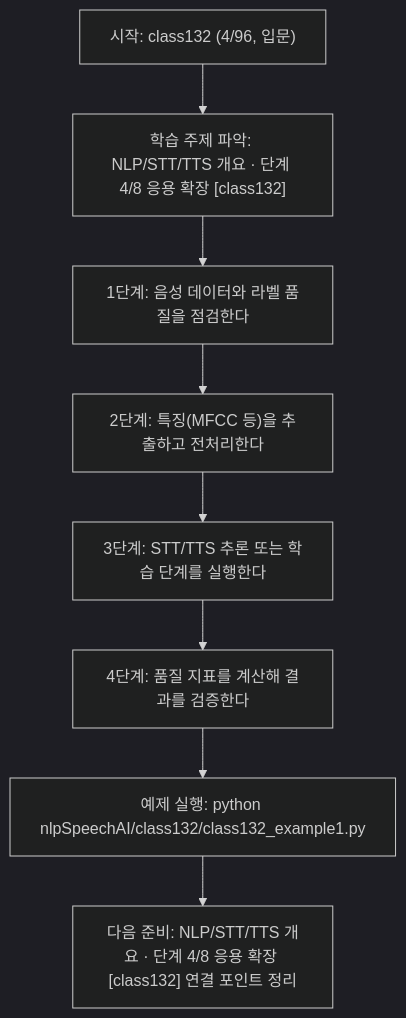
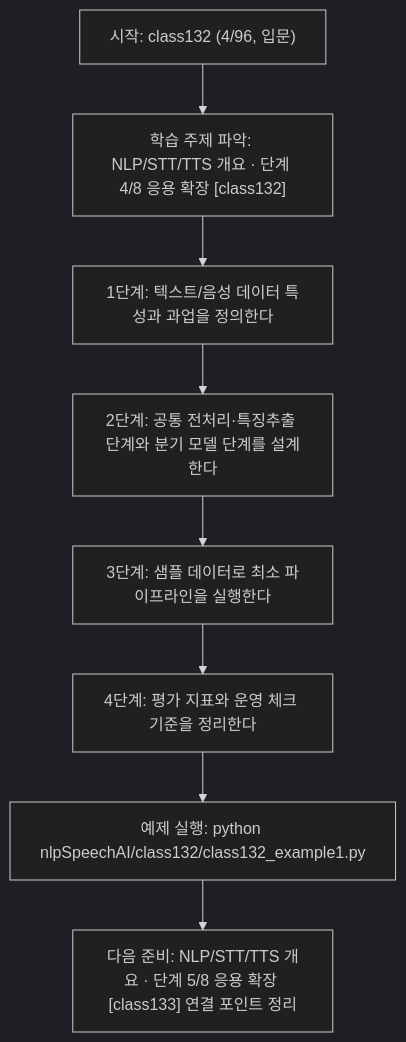
One commit to edumgt/Python-AI_Agent-Class changed the diagram in nlpSpeechAI/class132/class132.md. Above: the diagram before and after it, drawn with Mermaid (dark theme). The commit also changed other lines of this file and 1122 other files, not shown here.

````diff
--- a/nlpSpeechAI/class132/class132.md
+++ b/nlpSpeechAI/class132/class132.md
@@ -115,18 +95,18 @@
 ```mermaid
 flowchart TD
 N1["시작: class132 (4/96, 입문)"]
 N2["학습 주제 파악: NLP/STT/TTS 개요 · 단계 4/8 응용 확장 [class132]"]
-N3["1단계: 음성 데이터와 라벨 품질을 점검한다"]
-N4["2단계: 특징(MFCC 등)을 추출하고 전처리한다"]
-N5["3단계: STT/TTS 추론 또는 학습 단계를 실행한다"]
-N6["4단계: 품질 지표를 계산해 결과를 검증한다"]
+N3["1단계: 텍스트/음성 데이터 특성과 과업을 정의한다"]
+N4["2단계: 공통 전처리·특징추출 단계와 분기 모델 단계를 설계한다"]
+N5["3단계: 샘플 데이터로 최소 파이프라인을 실행한다"]
+N6["4단계: 평가 지표와 운영 체크 기준을 정리한다"]
 N7["예제 실행: python nlpSpeechAI/class132/class132_example1.py"]
-N8["다음 준비: NLP/STT/TTS 개요 · 단계 4/8 응용 확장 [class132] 연결 포인트 정리"]
+N8["다음 준비: NLP/STT/TTS 개요 · 단계 5/8 응용 확장 [class133] 연결 포인트 정리"]
 N1 --> N2
 N2 --> N3
 N3 --> N4
 N4 --> N5
 N5 --> N6
 N6 --> N7
 N7 --> N8
 ```
````
